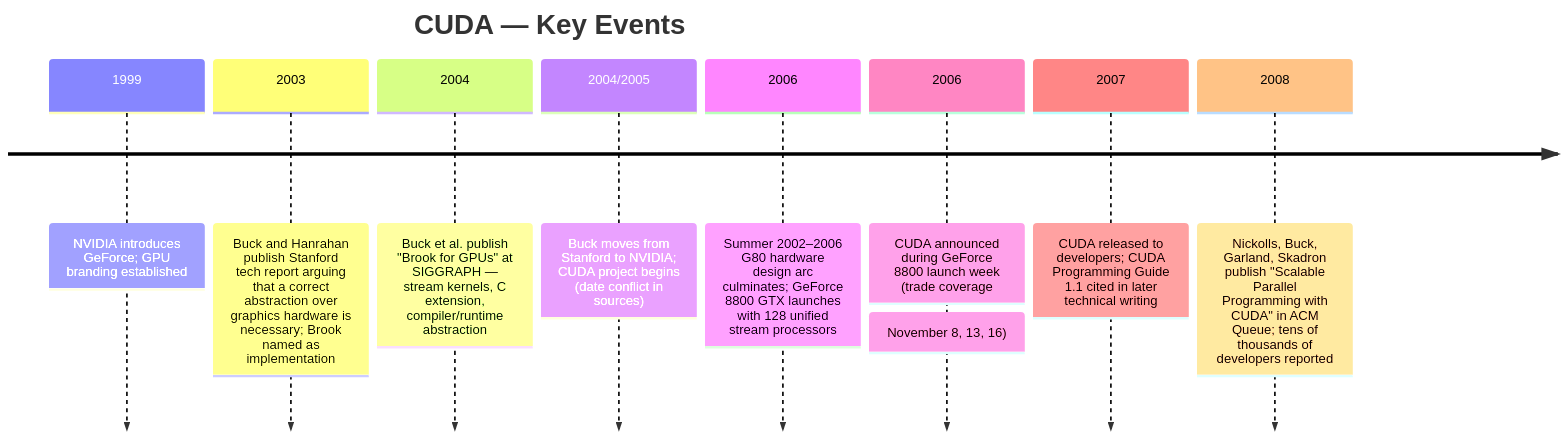
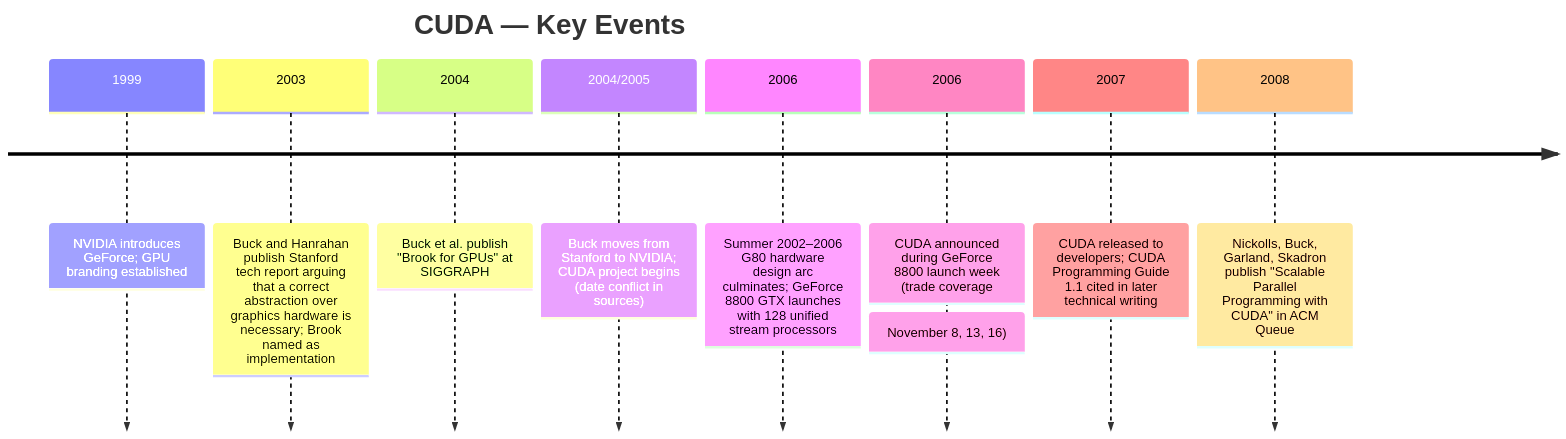
One commit to krisztiankoos/kubedojo changed the first of 2 diagrams in src/content/docs/ai-history/ch-42-cuda.md. Above: the diagram before and after it, drawn with Mermaid. The commit also changed other lines of this file and 2 other files, not shown here.

````diff
--- a/src/content/docs/ai-history/ch-42-cuda.md
+++ b/src/content/docs/ai-history/ch-42-cuda.md
@@ -29,12 +29,12 @@
 ```mermaid
 timeline
     title CUDA — Key Events
     1999 : NVIDIA introduces GeForce; GPU branding established
     2003 : Buck and Hanrahan publish Stanford tech report arguing that a correct abstraction over graphics hardware is necessary; Brook named as implementation
-    2004 : Buck et al. publish "Brook for GPUs" at SIGGRAPH — stream kernels, C extension, compiler/runtime abstraction
+    2004 : Buck et al. publish "Brook for GPUs" at SIGGRAPH
     2004/2005 : Buck moves from Stanford to NVIDIA; CUDA project begins (date conflict in sources)
     2006 : Summer 2002–2006 G80 hardware design arc culminates; GeForce 8800 GTX launches with 128 unified stream processors
     2006 : CUDA announced during GeForce 8800 launch week (trade coverage: November 8, 13, 16)
     2007 : CUDA released to developers; CUDA Programming Guide 1.1 cited in later technical writing
-    2008 : Nickolls, Buck, Garland, Skadron publish "Scalable Parallel Programming with CUDA" in ACM Queue; tens of thousands of developers reported
+    2008 : Nickolls, Buck, Garland, Skadron publish "Scalable Parallel Programming with CUDA" in ACM Queue
 ```
````
